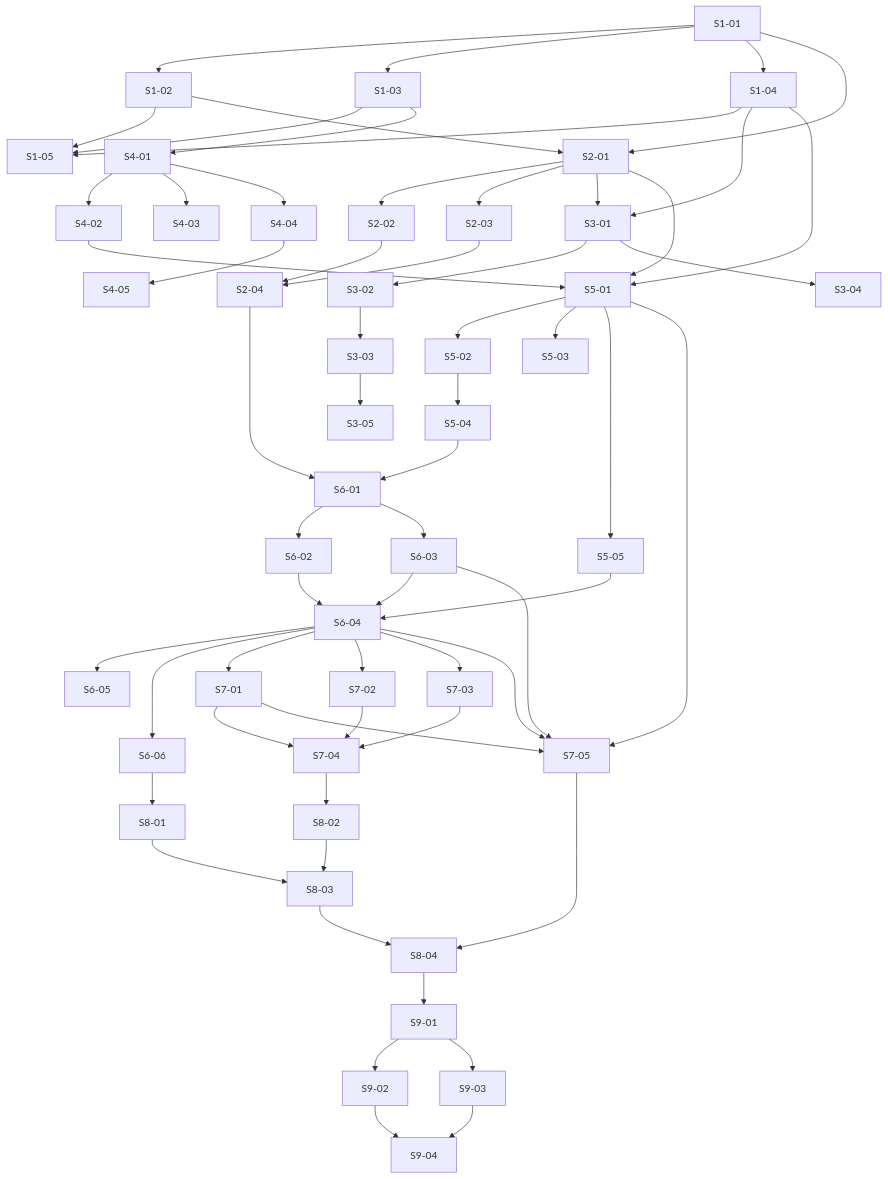
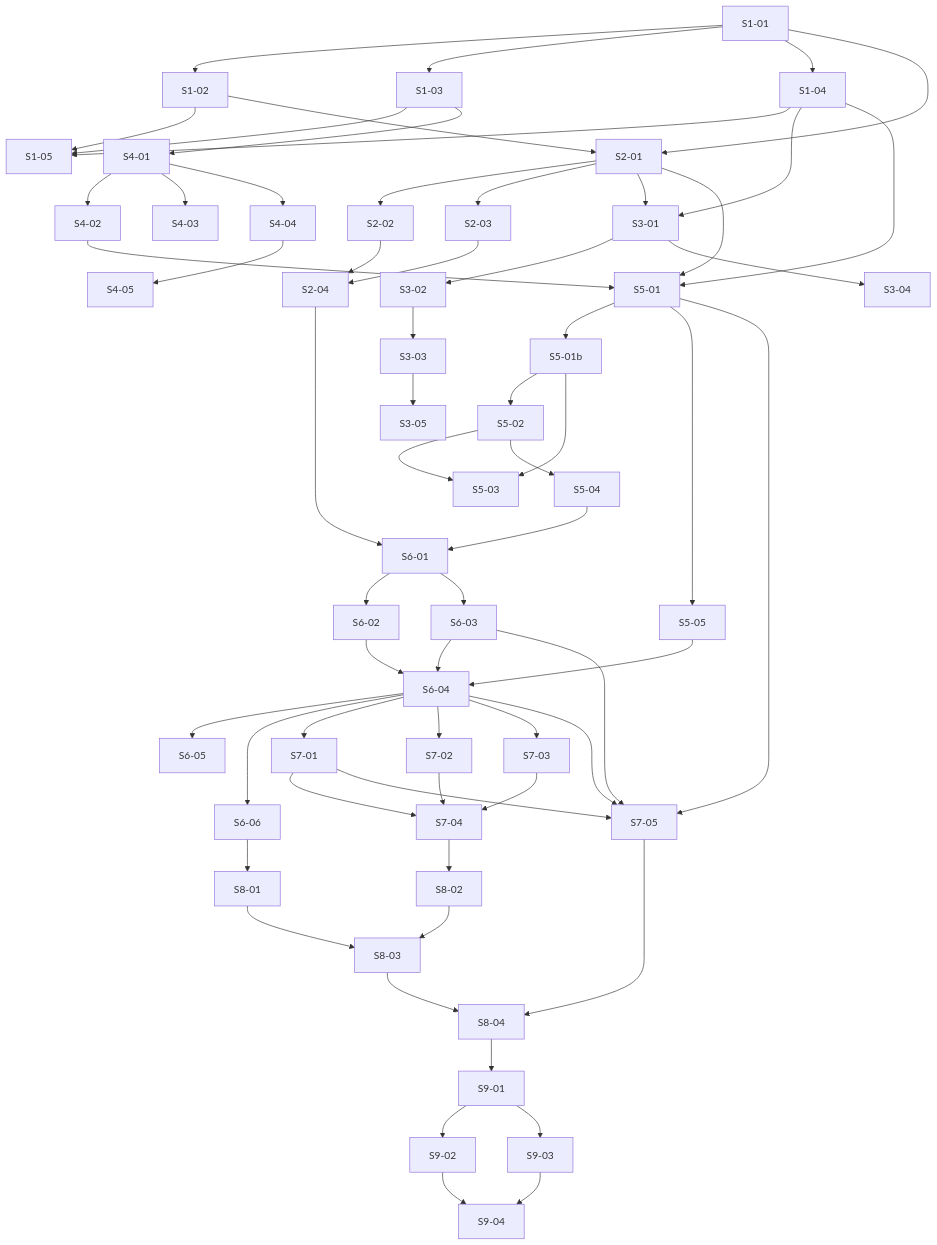
One commit to Dannytrev21/codewizard-sherpa changed the diagram in docs/phases/03-vuln-deterministic-recipe/stories/README.md. Above: the diagram before and after it, drawn with Mermaid. The commit also changed other lines of this file and 13 other files, not shown here.

````diff
--- a/docs/phases/03-vuln-deterministic-recipe/stories/README.md
+++ b/docs/phases/03-vuln-deterministic-recipe/stories/README.md
@@ -37,63 +37,65 @@
 ```mermaid
 graph TD
   S1-01 --> S1-02
   S1-01 --> S1-03
   S1-01 --> S1-04
   S1-02 --> S1-05
   S1-03 --> S1-05
   S1-04 --> S1-05
   S1-01 --> S2-01
   S1-02 --> S2-01
   S2-01 --> S2-02
   S2-01 --> S2-03
   S2-02 --> S2-04
   S2-03 --> S2-04
   S1-04 --> S3-01
   S2-01 --> S3-01
   S3-01 --> S3-02
   S3-02 --> S3-03
   S3-01 --> S3-04
   S3-03 --> S3-05
   S1-03 --> S4-01
   S4-01 --> S4-02
   S4-01 --> S4-03
   S4-01 --> S4-04
   S4-04 --> S4-05
   S1-04 --> S5-01
   S2-01 --> S5-01
   S4-02 --> S5-01
-  S5-01 --> S5-02
-  S5-01 --> S5-03
+  S5-01 --> S5-01b
+  S5-01b --> S5-02
+  S5-01b --> S5-03
+  S5-02 --> S5-03
   S5-02 --> S5-04
   S5-01 --> S5-05
   S2-04 --> S6-01
   S5-04 --> S6-01
   S6-01 --> S6-02
   S6-01 --> S6-03
   S6-02 --> S6-04
   S6-03 --> S6-04
   S5-05 --> S6-04
   S6-04 --> S6-05
   S6-04 --> S6-06
   S6-04 --> S7-01
   S6-04 --> S7-02
   S6-04 --> S7-03
   S7-01 --> S7-04
   S7-02 --> S7-04
   S7-03 --> S7-04
   S7-01 --> S7-05
   S5-01 --> S7-05
   S6-03 --> S7-05
   S6-04 --> S7-05
   S7-05 --> S8-04
   S6-06 --> S8-01
   S7-04 --> S8-02
   S8-01 --> S8-03
   S8-02 --> S8-03
   S8-03 --> S8-04
   S8-04 --> S9-01
   S9-01 --> S9-02
   S9-01 --> S9-03
   S9-02 --> S9-04
   S9-03 --> S9-04
 ```
````
